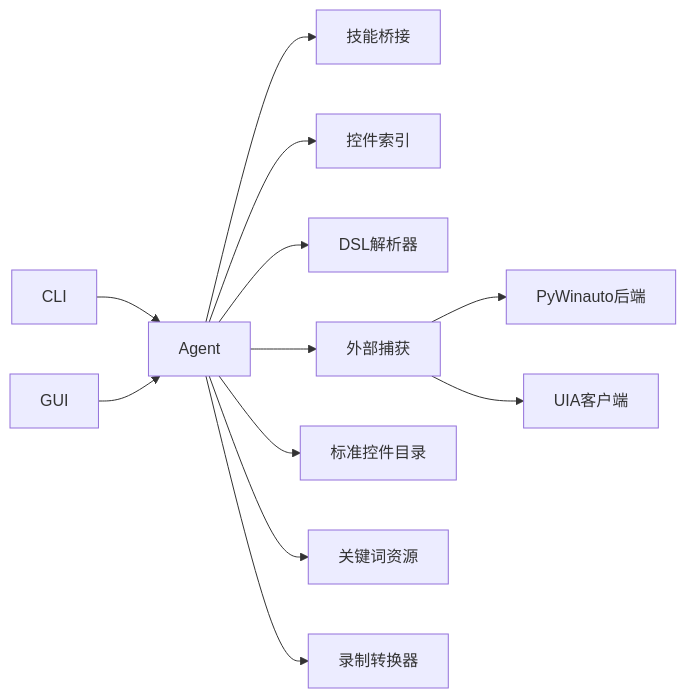
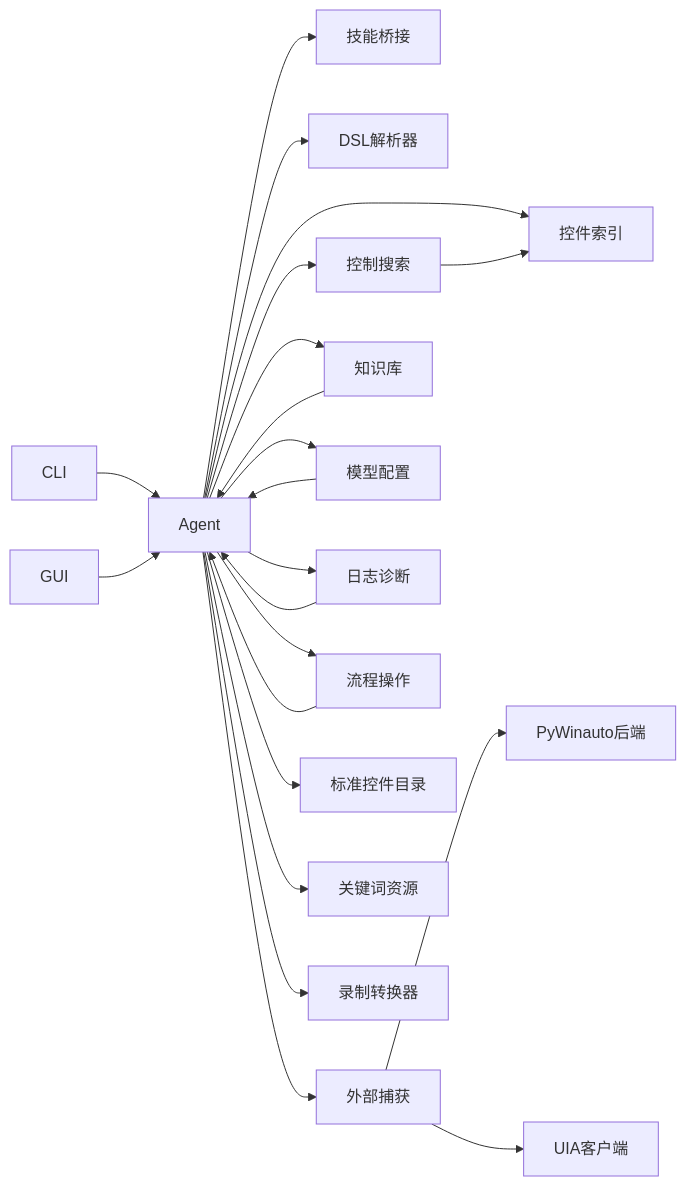
The seventh of 7 diagrams in .qoder/repowiki/zh/content/AI辅助系统/AI辅助系统.md (hanago33/WT_Automation), drawn with Mermaid before and after one commit. The commit also changed other lines of this file and 220 other files, not shown here.

````diff
--- a/.qoder/repowiki/zh/content/AI辅助系统/AI辅助系统.md
+++ b/.qoder/repowiki/zh/content/AI辅助系统/AI辅助系统.md
@@ -427,14 +613,24 @@
 ```mermaid
 graph LR
 CLI["CLI"] --> Agent["Agent"]
 GUI["GUI"] --> Agent
 Agent --> Bridge["技能桥接"]
 Agent --> Index["控件索引"]
 Agent --> DSL["DSL解析器"]
 Agent --> Capture["外部捕获"]
+Agent --> ControlSearch["控制搜索"]
+Agent --> KnowledgeBase["知识库"]
+Agent --> ModelProfile["模型配置"]
+Agent --> LogDiagnosis["日志诊断"]
+Agent --> FlowOps["流程操作"]
 Capture --> PyW["PyWinauto后端"]
 Capture --> UIA["UIA客户端"]
 Agent --> Catalog["标准控件目录"]
 Agent --> Keywords["关键词资源"]
 Agent --> Recorder["录制转换器"]
+ControlSearch --> Index
+KnowledgeBase --> Agent
+ModelProfile --> Agent
+LogDiagnosis --> Agent
+FlowOps --> Agent
 ```
````
